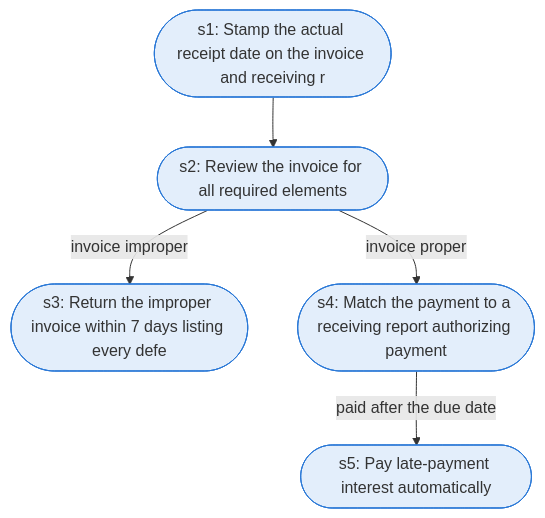
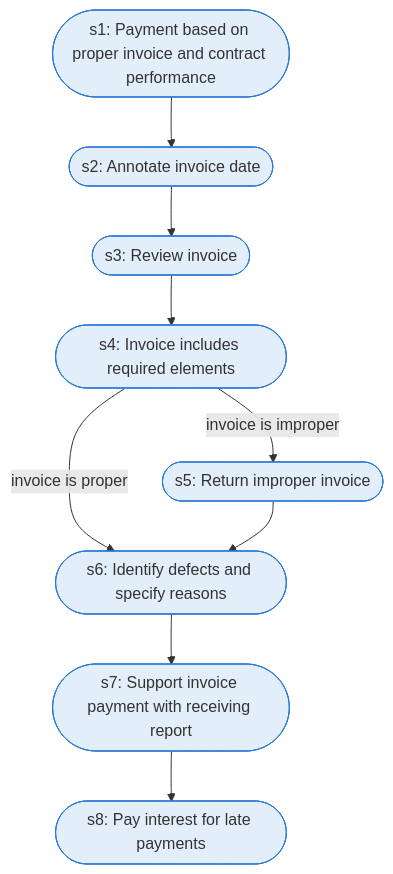
The diagram in docs/runbooks/p2p_invoice_review.md (Jitesh-Mishra/sop-to-agent-workflows), drawn with Mermaid before and after one commit. The commit also changed other lines of this file and 172 other files, not shown here.

````diff
--- a/docs/runbooks/p2p_invoice_review.md
+++ b/docs/runbooks/p2p_invoice_review.md
@@ -7,15 +7,22 @@
 ```mermaid
 flowchart TD
-  s1(["s1: Stamp the actual receipt date on the invoice and receiving r"])
-  s2(["s2: Review the invoice for all required elements"])
-  s3(["s3: Return the improper invoice within 7 days listing every defe"])
-  s4(["s4: Match the payment to a receiving report authorizing payment"])
-  s5(["s5: Pay late-payment interest automatically"])
+  s1(["s1: Payment based on proper invoice and contract performance"])
+  s2(["s2: Annotate invoice date"])
+  s3(["s3: Review invoice"])
+  s4(["s4: Invoice includes required elements"])
+  s5(["s5: Return improper invoice"])
+  s6(["s6: Identify defects and specify reasons"])
+  s7(["s7: Support invoice payment with receiving report"])
+  s8(["s8: Pay interest for late payments"])
   s1 --> s2
-  s2 -->|invoice improper| s3
-  s2 -->|invoice proper| s4
-  s4 -->|paid after the due date| s5
+  s2 --> s3
+  s3 --> s4
+  s4 -->|invoice is improper| s5
+  s4 -->|invoice is proper| s6
+  s5 --> s6
+  s6 --> s7
+  s7 --> s8
   classDef agent fill:#e3eefb,stroke:#2a78d6
   classDef human fill:#fde8de,stroke:#eb6834
-  class s1,s2,s3,s4,s5 agent
+  class s1,s2,s3,s4,s5,s6,s7,s8 agent
 ```
````
